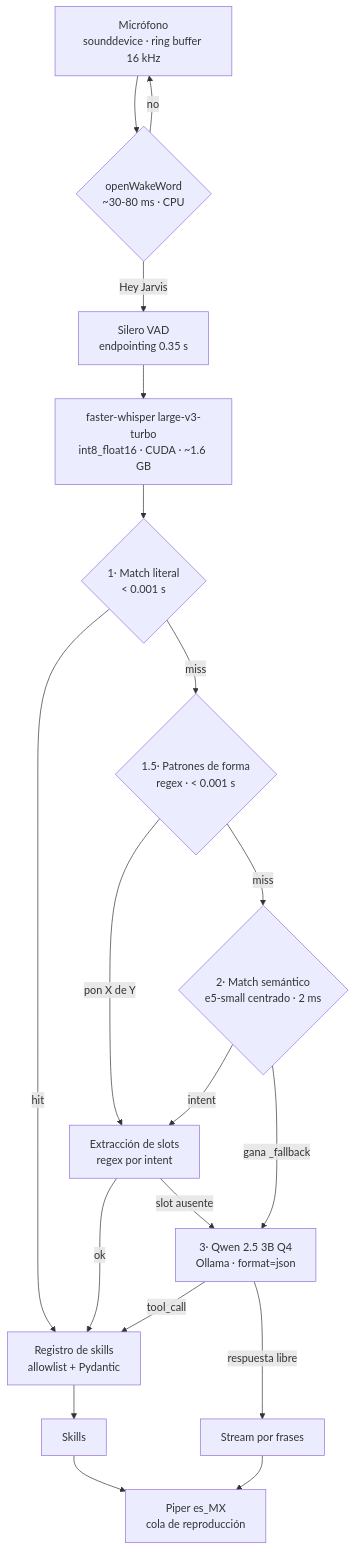
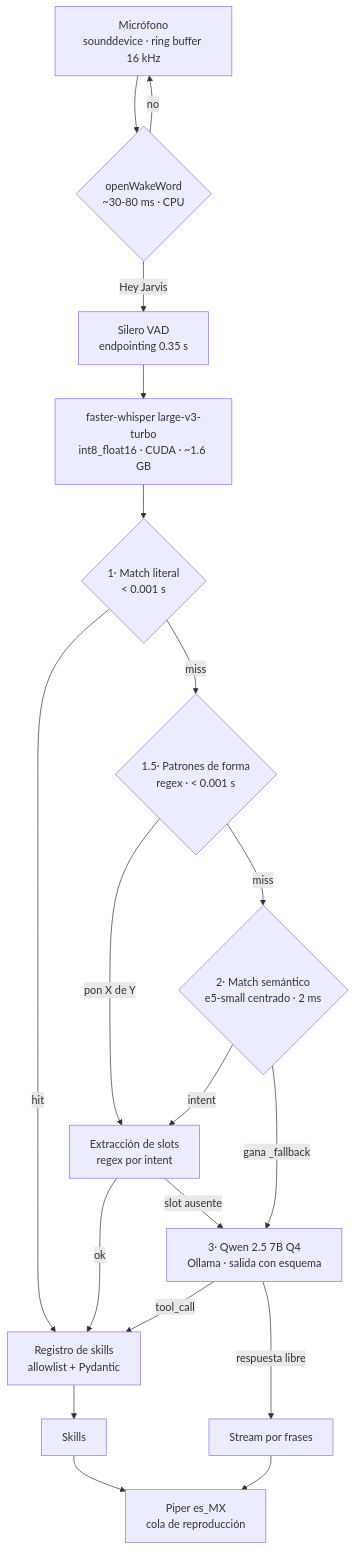
One commit to Moonsalve/asistente-local changed the diagram in ARCHITECTURE.md. Above: the diagram before and after it, drawn with Mermaid. The commit also changed other lines of this file and 9 other files, not shown here.

````diff
--- a/ARCHITECTURE.md
+++ b/ARCHITECTURE.md
@@ -11,23 +11,23 @@
 ```mermaid
 flowchart TD
     MIC[Micrófono<br/>sounddevice · ring buffer 16 kHz] --> WW{openWakeWord<br/>~30-80 ms · CPU}
     WW -->|no| MIC
     WW -->|"Hey Jarvis"| VAD[Silero VAD<br/>endpointing 0.35 s]
     VAD --> STT[faster-whisper large-v3-turbo<br/>int8_float16 · CUDA · ~1.6 GB]
     STT --> R0{1· Match literal<br/>&lt; 0.001 s}
     R0 -->|hit| VAL
     R0 -->|miss| RP{1.5· Patrones de forma<br/>regex · &lt; 0.001 s}
     RP -->|"pon X de Y"| SLOT
     RP -->|miss| R1{2· Match semántico<br/>e5-small centrado · 2 ms}
     R1 -->|intent| SLOT[Extracción de slots<br/>regex por intent]
-    R1 -->|gana _fallback| LLM[3· Qwen 2.5 3B Q4<br/>Ollama · format=json]
+    R1 -->|gana _fallback| LLM[3· Qwen 2.5 7B Q4<br/>Ollama · salida con esquema]
 
     SLOT -->|ok| VAL[Registro de skills<br/>allowlist + Pydantic]
     SLOT -->|slot ausente| LLM
     LLM -->|tool_call| VAL
     LLM -->|respuesta libre| STREAM[Stream por frases]
 
     VAL --> SK[Skills]
     SK --> TTS[Piper es_MX<br/>cola de reproducción]
     STREAM --> TTS
 ```
````
